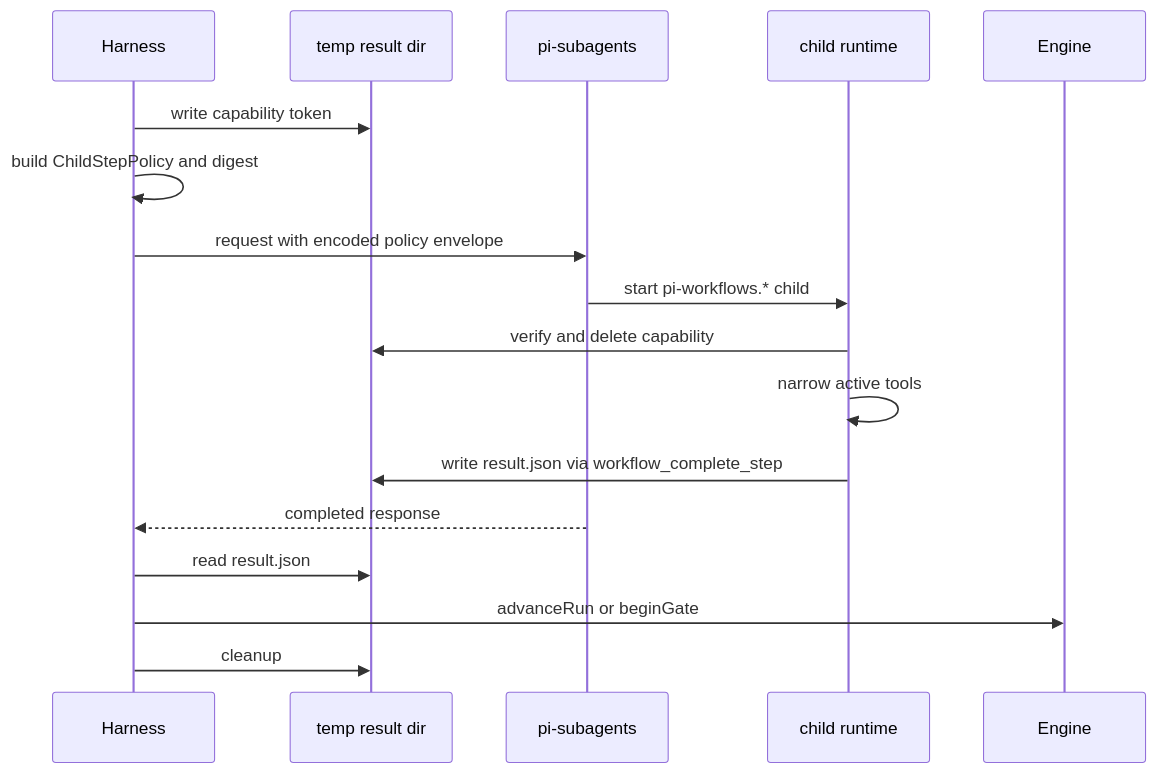
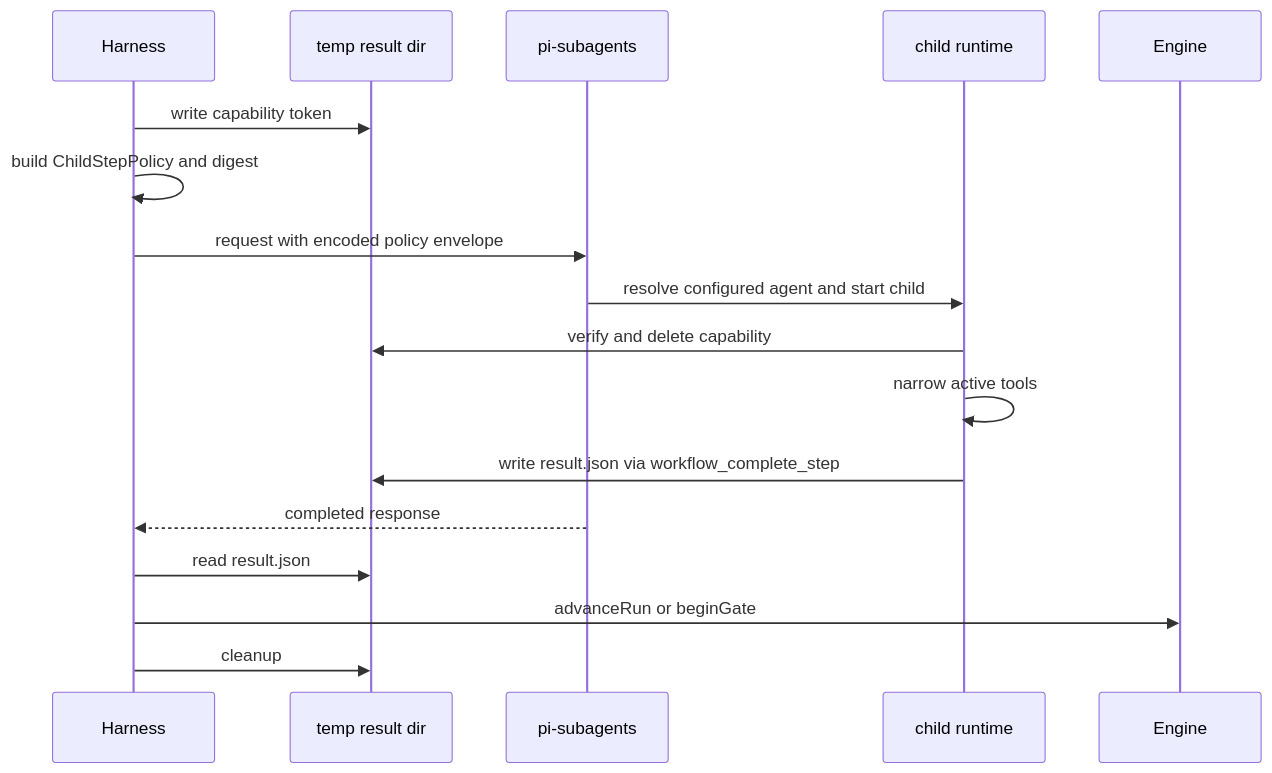
Before and after one commit to wichayutdew/pi-workflows: the fourth of 7 diagrams in openwiki/architecture/runtime-lifecycle.md, drawn with Mermaid. The commit also changed other lines of this file and 84 other files, not shown here.

````diff
--- a/openwiki/architecture/runtime-lifecycle.md
+++ b/openwiki/architecture/runtime-lifecycle.md
@@ -51,20 +75,20 @@
 ```mermaid
 sequenceDiagram
   participant Harness
   participant Tmp as temp result dir
   participant Sub as pi-subagents
   participant Child as child runtime
   participant Engine
 
   Harness->>Tmp: write capability token
   Harness->>Harness: build ChildStepPolicy and digest
   Harness->>Sub: request with encoded policy envelope
-  Sub->>Child: start pi-workflows.* child
+  Sub->>Child: resolve configured agent and start child
   Child->>Tmp: verify and delete capability
   Child->>Child: narrow active tools
   Child->>Tmp: write result.json via workflow_complete_step
   Sub-->>Harness: completed response
   Harness->>Tmp: read result.json
   Harness->>Engine: advanceRun or beginGate
   Harness->>Tmp: cleanup
 ```
````
